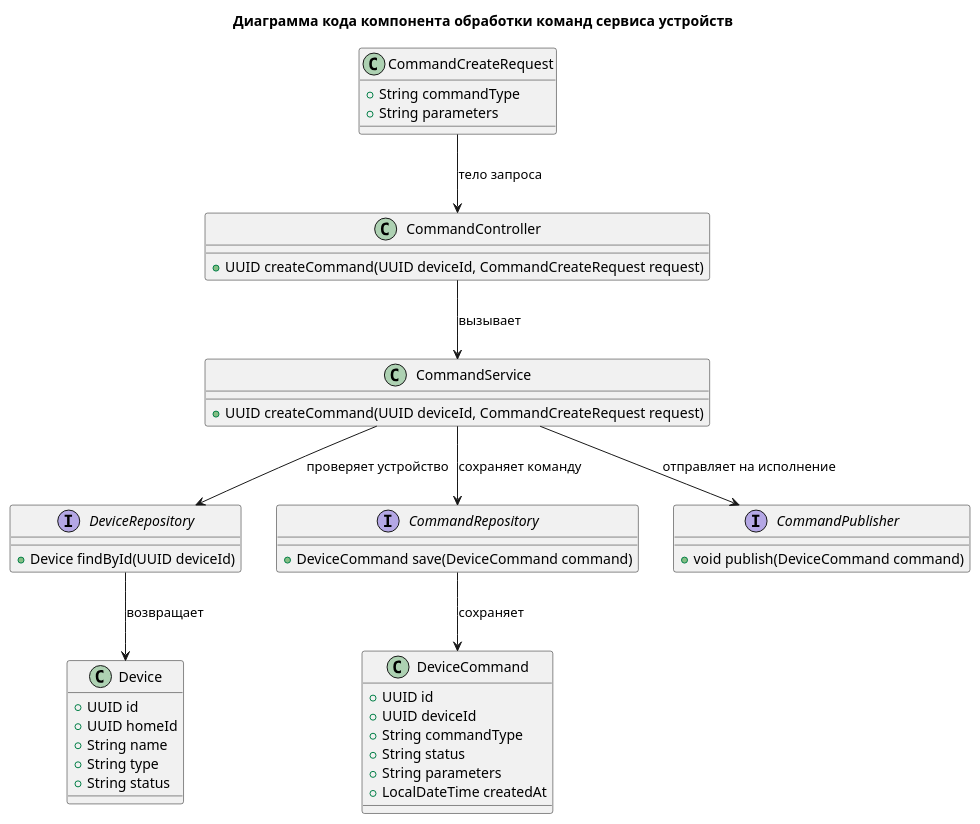
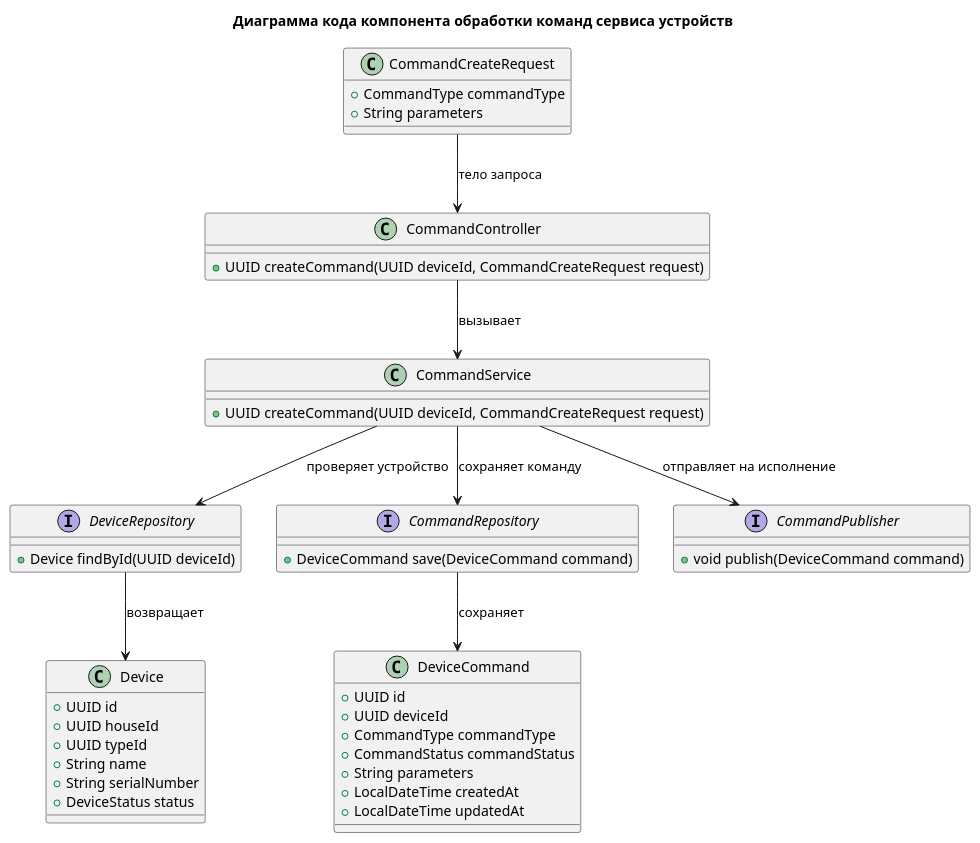
Before and after one commit to SilinKirill/sprint-1: the diagram in diagrams/to-be/code/device-command-code.puml, drawn with PlantUML. The commit also changed 2 other files, not shown here.

```diff
--- a/diagrams/to-be/code/device-command-code.puml
+++ b/diagrams/to-be/code/device-command-code.puml
@@ -1,59 +1,61 @@
 @startuml
 
 title Диаграмма кода компонента обработки команд сервиса устройств
 
 top to bottom direction
 
 class CommandController {
   +UUID createCommand(UUID deviceId, CommandCreateRequest request)
 }
 
 class CommandService {
   +UUID createCommand(UUID deviceId, CommandCreateRequest request)
 }
 
 interface DeviceRepository {
   +Device findById(UUID deviceId)
 }
 
 interface CommandRepository {
   +DeviceCommand save(DeviceCommand command)
 }
 
 interface CommandPublisher {
   +void publish(DeviceCommand command)
 }
 
 class CommandCreateRequest {
-  +String commandType
+  +CommandType commandType
   +String parameters
 }
 
 class Device {
   +UUID id
-  +UUID homeId
+  +UUID houseId
+  +UUID typeId
   +String name
-  +String type
-  +String status
+  +String serialNumber
+  +DeviceStatus status
 }
 
 class DeviceCommand {
   +UUID id
   +UUID deviceId
-  +String commandType
-  +String status
+  +CommandType commandType
+  +CommandStatus commandStatus
   +String parameters
   +LocalDateTime createdAt
+  +LocalDateTime updatedAt
 }
 
 CommandCreateRequest --> CommandController : тело запроса
 CommandController --> CommandService : вызывает
 
 CommandService --> DeviceRepository : проверяет устройство
 CommandService --> CommandRepository : сохраняет команду
 CommandService --> CommandPublisher : отправляет на исполнение
 
 DeviceRepository --> Device : возвращает
 CommandRepository --> DeviceCommand : сохраняет
 
 @enduml
```
